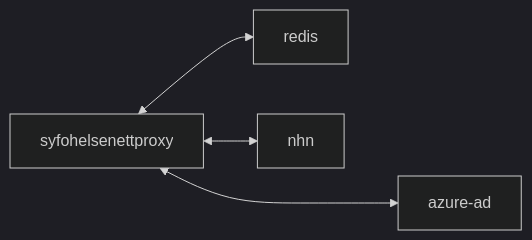
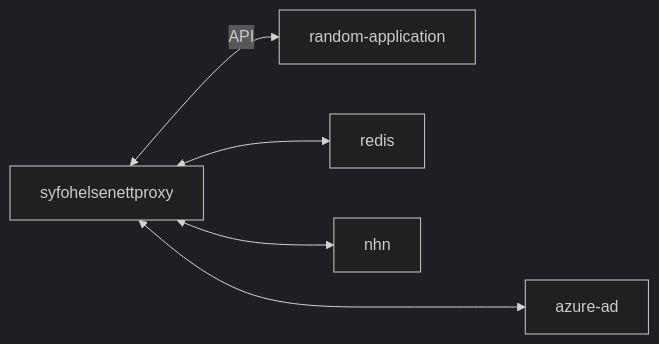
The diagram in README.md (navikt/syfohelsenettproxy), drawn with Mermaid (dark theme) before and after one commit.

Commit message:
chore: updated README.md with api

````diff
--- a/README.md
+++ b/README.md
@@ -24,7 +24,7 @@
 ```mermaid
   flowchart LR
-  
+      syfohelsenettproxy <-- API --> random-application
       syfohelsenettproxy <---> azure-ad
       syfohelsenettproxy <--> redis
       syfohelsenettproxy <--> nhn;
  ```
````
